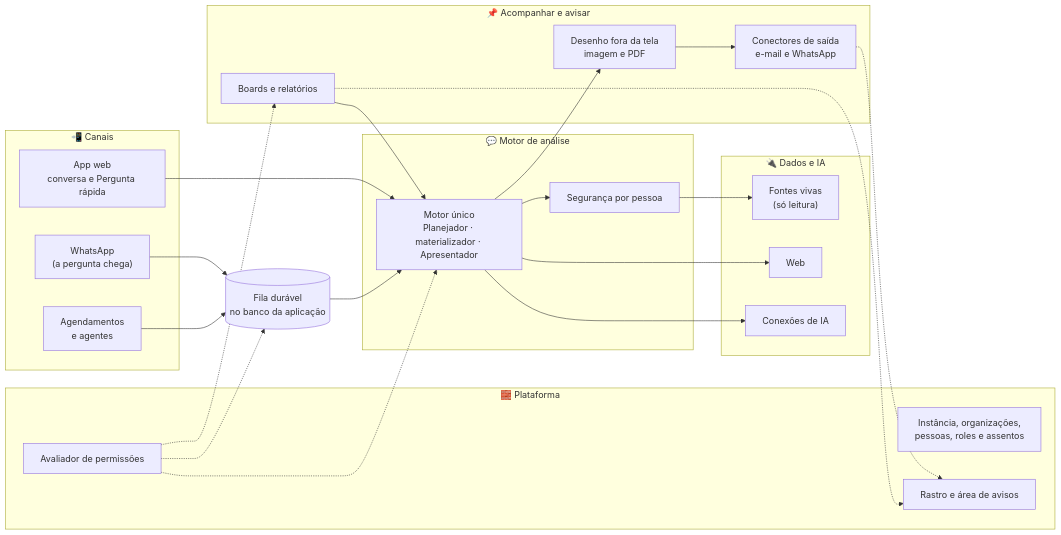
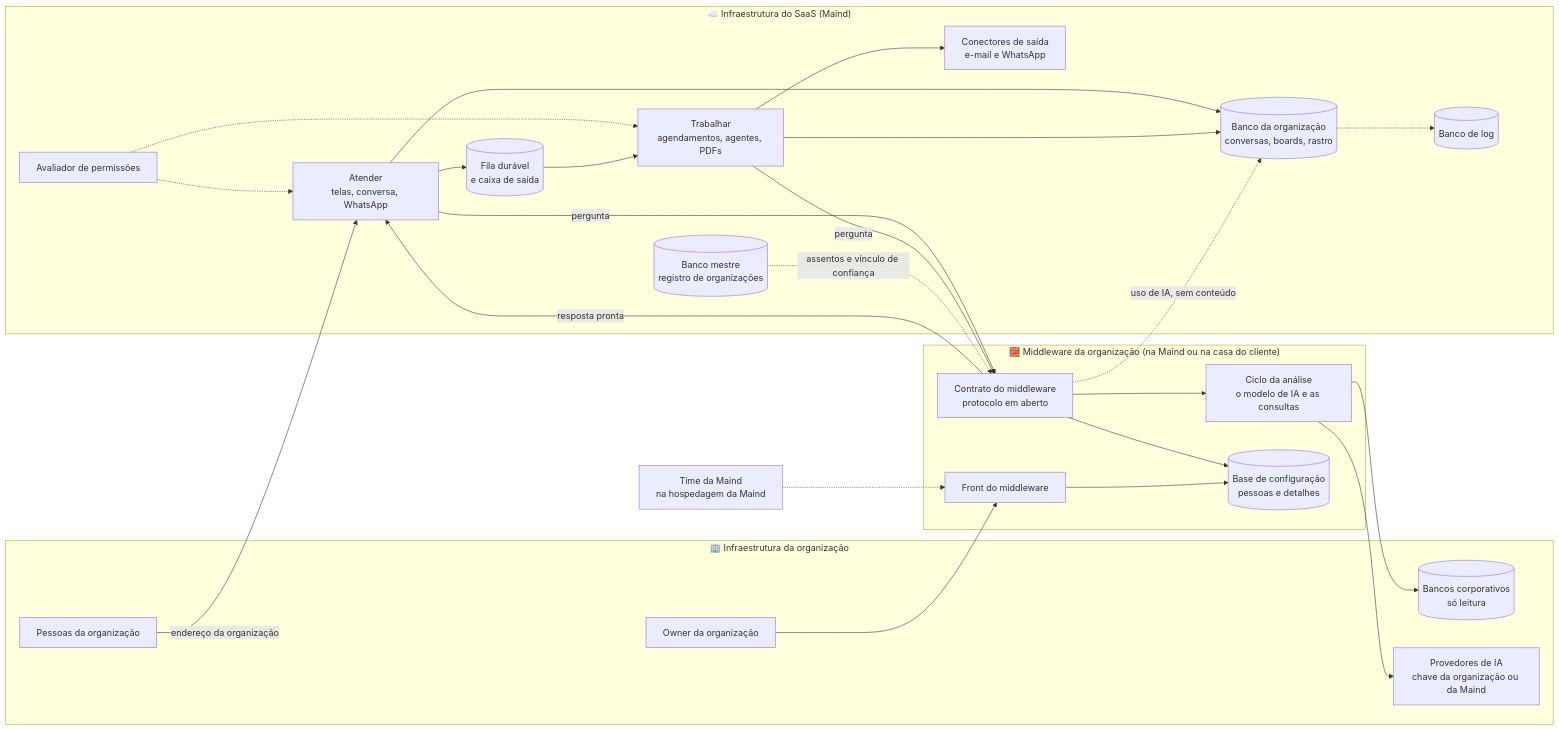
The diagram in docs/raw/arquitetura/01-estrategia-da-solucao.md (fabioabr/horus-v2-docs), drawn with Mermaid before and after one commit. The commit also changed other lines of this file and 24 other files, not shown here.

````diff
--- a/docs/raw/arquitetura/01-estrategia-da-solucao.md
+++ b/docs/raw/arquitetura/01-estrategia-da-solucao.md
@@ -38,42 +43,46 @@
 ```mermaid
 flowchart LR
-    subgraph CAN["📲 Canais"]
-        APP["App web<br/>conversa e Pergunta rápida"]
-        WPP["WhatsApp<br/>(a pergunta chega)"]
-        AGD["Agendamentos<br/>e agentes"]
+    subgraph CLI["🏢 Infraestrutura da organização"]
+        PES["Pessoas da organização"]
+        OWN["Owner da organização"]
+        BDC[("Bancos corporativos<br/>só leitura")]
+        PIA["Provedores de IA<br/>chave da organização ou da Maind"]
     end
-    subgraph PLA["🧱 Plataforma"]
-        PES["Instância, organizações,<br/>pessoas, roles e assentos"]
+    subgraph SAAS["☁️ Infraestrutura do SaaS (Maind)"]
+        ATE["Atender<br/>telas, conversa, WhatsApp"]
+        TRA["Trabalhar<br/>agendamentos, agentes, PDFs"]
         AVA["Avaliador de permissões"]
-        RAS["Rastro e área de avisos"]
-    end
-    subgraph MOT["💬 Motor de análise"]
-        MOTOR["Motor único<br/>Planejador · materializador · Apresentador"]
-        SEG["Segurança por pessoa"]
-    end
-    subgraph DIA["🔌 Dados e IA"]
-        FON["Fontes vivas<br/>(só leitura)"]
-        WEB["Web"]
-        IA["Conexões de IA"]
-    end
-    subgraph ENT["📌 Acompanhar e avisar"]
-        BRD["Boards e relatórios"]
-        DES["Desenho fora da tela<br/>imagem e PDF"]
+        FILA[("Fila durável<br/>e caixa de saída")]
+        BME[("Banco mestre<br/>registro de organizações")]
+        BOR[("Banco da organização<br/>conversas, boards, rastro")]
+        BLO[("Banco de log")]
         CON["Conectores de saída<br/>e-mail e WhatsApp"]
     end
-    FILA[("Fila durável<br/>no banco da aplicação")]
-    APP --> MOTOR
-    WPP --> FILA
-    AGD --> FILA
-    FILA --> MOTOR
-    BRD --> MOTOR
-    MOTOR --> SEG --> FON
-    MOTOR --> WEB
-    MOTOR --> IA
-    MOTOR --> DES --> CON
-    AVA -.-> MOTOR
-    AVA -.-> BRD
-    AVA -.-> FILA
-    CON -.-> RAS
-    BRD -.-> RAS
+    subgraph MID["🧱 Middleware da organização (na Maind ou na casa do cliente)"]
+        CTR["Contrato do middleware<br/>protocolo em aberto"]
+        CIC["Ciclo da análise<br/>o modelo de IA e as consultas"]
+        BCF[("Base de configuração<br/>pessoas e detalhes")]
+        FMI["Front do middleware"]
+    end
+    MAI["Time da Maind<br/>na hospedagem da Maind"]
+    PES -->|"endereço da organização"| ATE
+    AVA -.-> ATE
+    AVA -.-> TRA
+    ATE --> FILA --> TRA
+    TRA --> CON
+    ATE --> BOR
+    TRA --> BOR
+    BOR -.-> BLO
+    ATE -->|"pergunta"| CTR
+    TRA -->|"pergunta"| CTR
+    CTR -->|"resposta pronta"| ATE
+    CTR -.->|"uso de IA, sem conteúdo"| BOR
+    BME -.->|"assentos e vínculo de confiança"| CTR
+    CTR --> CIC
+    CTR --> BCF
+    CIC --> BDC
+    CIC --> PIA
+    OWN --> FMI
+    MAI -.-> FMI
+    FMI --> BCF
 ```
````
